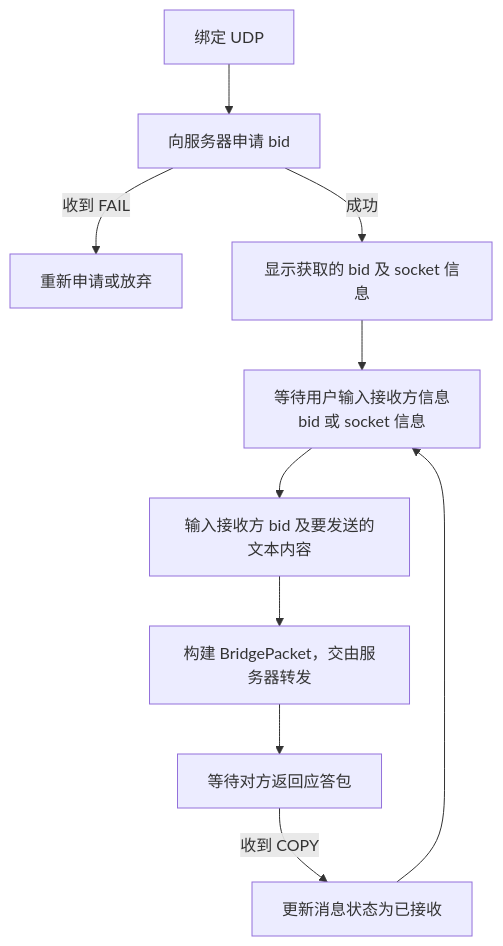
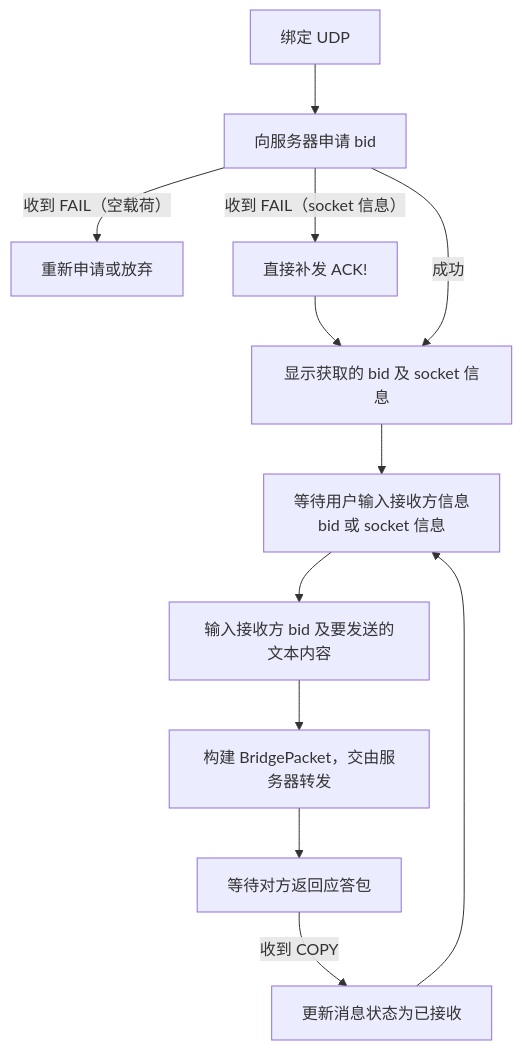
One commit to moky/magpie changed the second of 2 diagrams in docs/client.md. Above: the diagram before and after it, drawn with Mermaid. The commit also changed other lines of this file and 11 other files, not shown here.

````diff
--- a/docs/client.md
+++ b/docs/client.md
@@ -28,12 +30,14 @@
 ```mermaid
 flowchart TD
     B1[绑定 UDP] --> B2[向服务器申请 bid]
-    B2 -- "收到 FAIL" --> B2R[重新申请或放弃]
+    B2 -- "收到 FAIL（空载荷）" --> B2R[重新申请或放弃]
+    B2 -- "收到 FAIL（socket 信息）" --> B2C[直接补发 ACK!]
+    B2C --> B3
     B2 -- "成功" --> B3[显示获取的 bid 及 socket 信息]
     B3 --> B4[等待用户输入接收方信息<br/>bid 或 socket 信息]
     B4 --> B5[输入接收方 bid 及要发送的文本内容]
     B5 --> B6[构建 BridgePacket，交由服务器转发]
     B6 --> B7[等待对方返回应答包]
     B7 -- "收到 COPY" --> B8[更新消息状态为已接收]
     B8 --> B4
 ```
````
